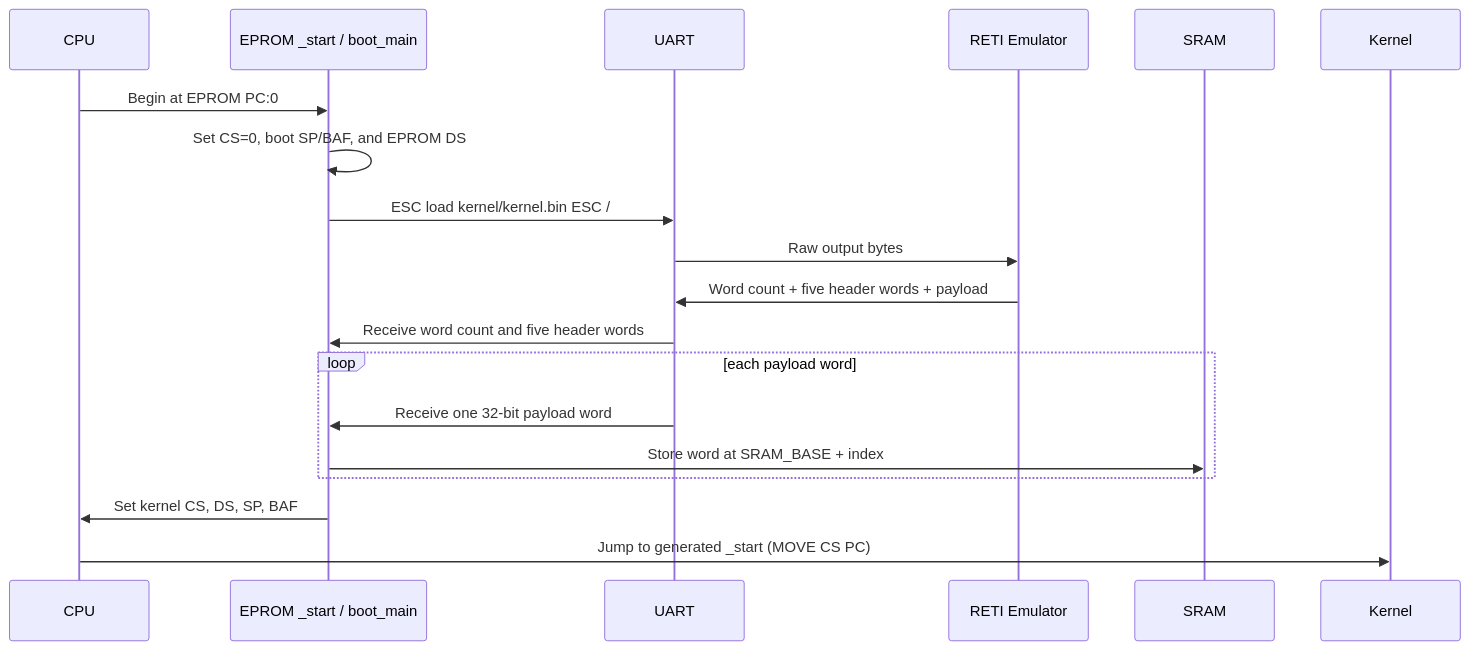
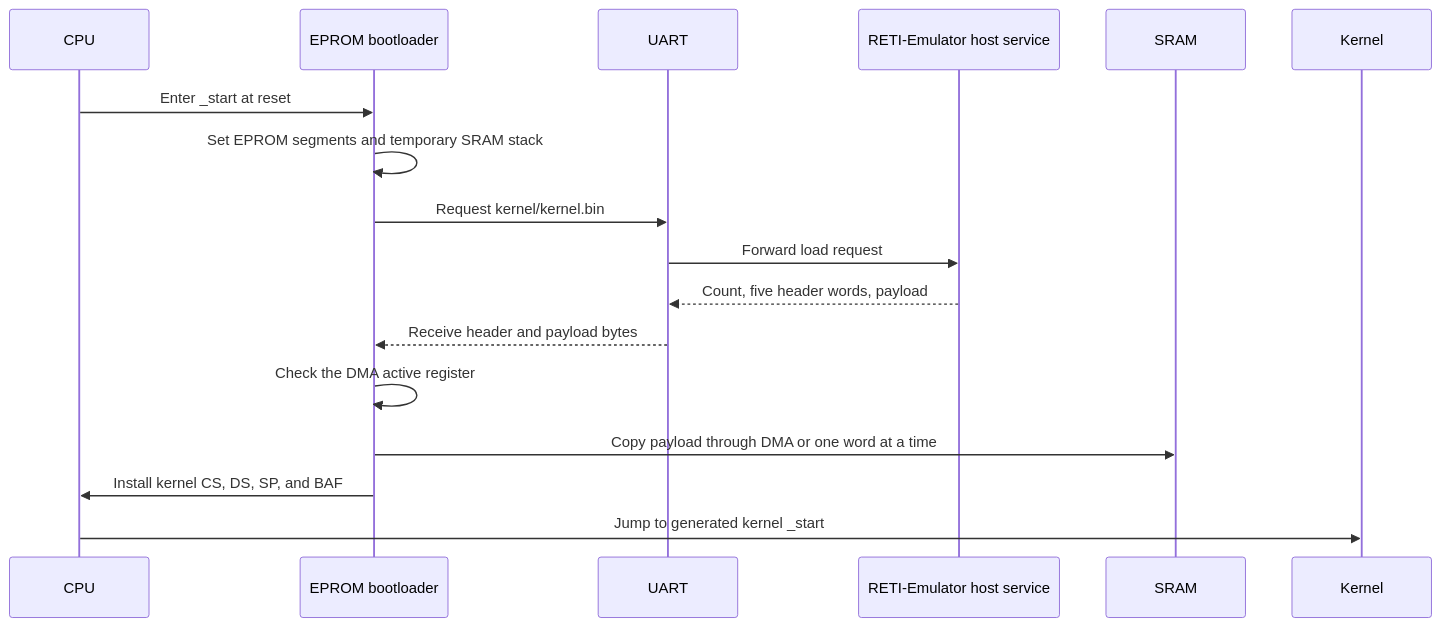
Before and after one commit to matthejue/Pico-OS_Presentation: the sixth of 30 diagrams in .source/Pico-OS-README.md, drawn with Mermaid. The commit also changed other lines of this file and 10 other files, not shown here.

Commit message:
updated the PicoOS presentation to follow the refreshed README structure and content Added visual zoom support, Mermaid rendering, presentation validation, and source review documentation Refreshed presentation styling, metadata, source snapshots, and contributor instructions

````diff
--- a/.source/Pico-OS-README.md
+++ b/.source/Pico-OS-README.md
@@ -849,22 +1040,20 @@
 ```mermaid
 sequenceDiagram
     participant CPU
-    participant EPROM as EPROM _start / boot_main
+    participant EPROM as EPROM bootloader
     participant UART
-    participant Emu as RETI Emulator
+    participant Host as RETI-Emulator host service
     participant SRAM
     participant Kernel
 
-    CPU->>EPROM: Begin at EPROM PC:0
-    EPROM->>EPROM: Set CS=0, boot SP/BAF, and EPROM DS
-    EPROM->>UART: ESC load kernel/kernel.bin ESC /
-    UART->>Emu: Raw output bytes
-    Emu->>UART: Word count + five header words + payload
-    UART->>EPROM: Receive word count and five header words
-    loop each payload word
-        UART->>EPROM: Receive one 32-bit payload word
-        EPROM->>SRAM: Store word at SRAM_BASE + index
-    end
-    EPROM->>CPU: Set kernel CS, DS, SP, BAF
-    CPU->>Kernel: Jump to generated _start (MOVE CS PC)
+    CPU->>EPROM: Enter _start at reset
+    EPROM->>EPROM: Set EPROM segments and temporary SRAM stack
+    EPROM->>UART: Request kernel/kernel.bin
+    UART->>Host: Forward load request
+    Host-->>UART: Count, five header words, payload
+    UART-->>EPROM: Receive header and payload bytes
+    EPROM->>EPROM: Check the DMA active register
+    EPROM->>SRAM: Copy payload through DMA or one word at a time
+    EPROM->>CPU: Install kernel CS, DS, SP, and BAF
+    CPU->>Kernel: Jump to generated kernel _start
 ```
````
